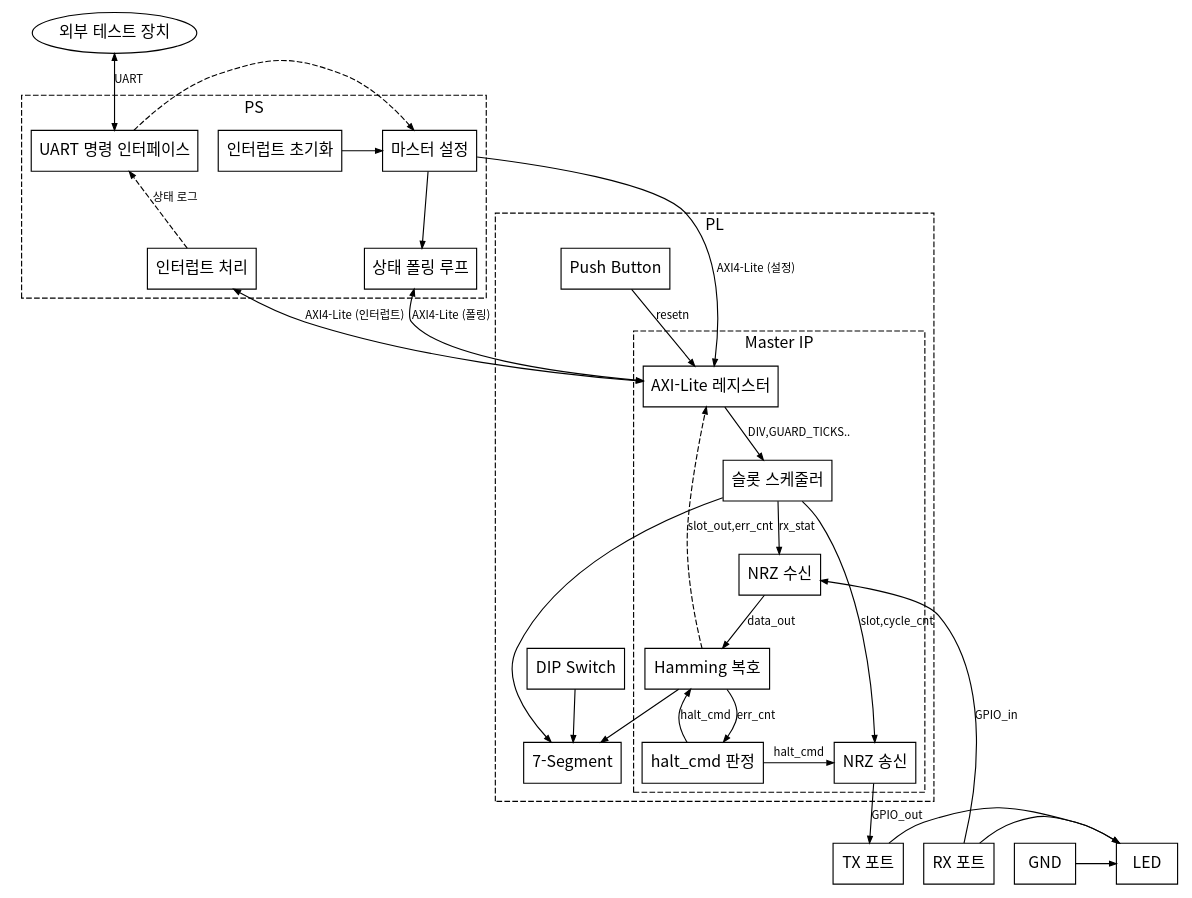
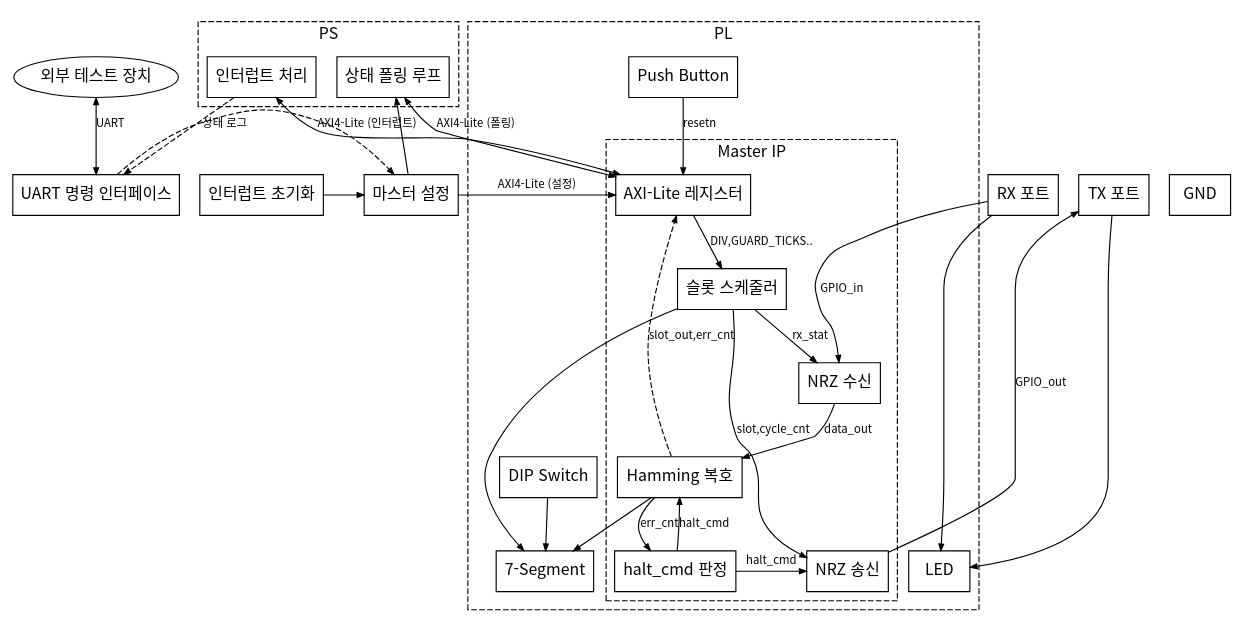
Before and after one commit to Woodong02/SoC_Design_and_Programming: the diagram in diagrams/full_stack.dot, drawn with Graphviz. The commit also changed 2 other files, not shown here.

Commit message:
Group TX/RX/GND into GPIO cluster, restore LED to PL, fix layout sprawl
GND/TX/RX 포트를 별도 GPIO 점선 블록으로 묶고 GND는 어떤 노드와도
연결하지 않음. LED는 PL 내부로 복귀. PS/GPIO를 PL과 같은 행에
배치해 대각선 방향 여백을 제거하고 직사각형으로 채워지도록 재배치.

```diff
--- a/diagrams/full_stack.dot
+++ b/diagrams/full_stack.dot
@@ -1,91 +1,98 @@
 digraph G {
     rankdir=TB;
     fontname="Noto Sans CJK KR";
     node [shape=box, fontname="Noto Sans CJK KR", fontsize=14, color=black];
     edge [fontname="Noto Sans CJK KR", fontsize=10, color=black, arrowsize=0.6];
 
     EXT [label="외부 테스트 장치", shape=ellipse];
-    GND [label="GND"];
-    TXP [label="TX 포트"];
-    RXP [label="RX 포트"];
 
     subgraph cluster_ps {
         label="PS";
         style=dashed;
         fontname="Noto Sans CJK KR";
 
         INIT [label="인터럽트 초기화"];
         CFG  [label="마스터 설정"];
         UARTCMD [label="UART 명령 인터페이스"];
         ISR  [label="인터럽트 처리"];
         POLL [label="상태 폴링 루프"];
 
         { rank=same; INIT; CFG; UARTCMD; }
         { rank=same; ISR; POLL; }
 
         INIT -> CFG;
         CFG  -> POLL;
         UARTCMD -> CFG [style=dashed];
         ISR  -> UARTCMD [style=dashed, label="상태 로그"];
     }
 
+    subgraph cluster_gpio {
+        label="GPIO";
+        style=dashed;
+        fontname="Noto Sans CJK KR";
+
+        GND [label="GND"];
+        TXP [label="TX 포트"];
+        RXP [label="RX 포트"];
+
+        { rank=same; GND; TXP; RXP; }
+    }
+
+    { rank=same; INIT; CFG; UARTCMD; GND; TXP; RXP; }
 
     subgraph cluster_pl {
         label="PL";
         style=dashed;
         fontname="Noto Sans CJK KR";
 
         LED [label="LED"];
         DIP [label="DIP Switch"];
         PB  [label="Push Button"];
         SEG [label="7-Segment"];
 
         subgraph cluster_master {
             label="Master IP";
             style=dashed;
             fontname="Noto Sans CJK KR";
 
             AXI  [label="AXI-Lite 레지스터"];
             SLOT [label="슬롯 스케줄러"];
             RX   [label="NRZ 수신"];
             DEC  [label="Hamming 복호"];
             HALT [label="halt_cmd 판정"];
             TX   [label="NRZ 송신"];
 
             { rank=same; AXI; }
             { rank=same; SLOT; }
             { rank=same; RX; }
             { rank=same; DEC; }
             { rank=same; HALT; TX; }
 
             AXI  -> SLOT [label="DIV,GUARD_TICKS.."];
             SLOT -> RX   [label="rx_stat"];
             RX   -> DEC  [label="data_out"];
             DEC  -> HALT [label="err_cnt"];
             HALT -> TX   [label="halt_cmd"];
             HALT -> DEC  [label="halt_cmd"];
             SLOT -> TX   [label="slot,cycle_cnt"];
             DEC  -> AXI  [label="slot_out,err_cnt", style=dashed];
         }
 
         { rank=same; LED; SEG; }
 
         DIP -> SEG;
         SLOT -> SEG;
         DEC  -> SEG;
         PB   -> AXI [label="resetn"];
     }
 
-    { rank=same; GND; TXP; RXP; LED; }
-
-    GND -> LED;
     TXP -> LED;
     RXP -> LED;
     TX  -> TXP [label="GPIO_out"];
     RXP -> RX  [label="GPIO_in"];
 
     EXT -> UARTCMD [label="UART", dir=both];
     CFG  -> AXI [label="AXI4-Lite (설정)"];
     POLL -> AXI [label="AXI4-Lite (폴링)", dir=both];
     ISR  -> AXI [label="AXI4-Lite (인터럽트)", dir=both];
 }
```
